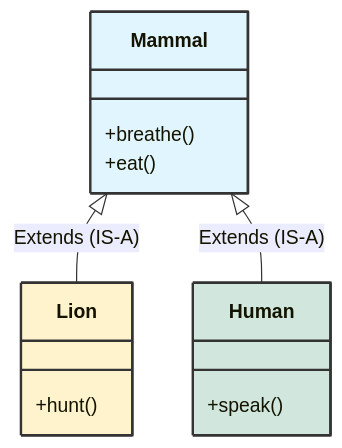
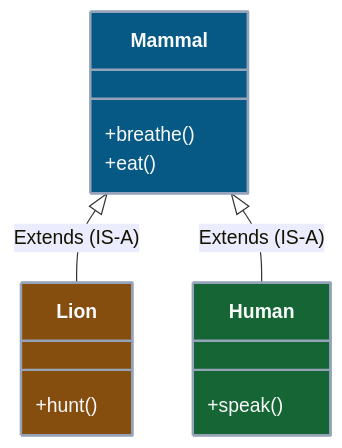
Before and after one commit to Kang-Hyesung/kang-hyesung.github.io: the first of 3 diagrams in _posts/java/05-Inheritance/2026-01-04-상속-개요.md, drawn with Mermaid. The commit also changed other lines of this file and 74 other files, not shown here.

Commit message:
docs: update post visibility and mermaid colors

````diff
--- a/_posts/java/05-Inheritance/2026-01-04-상속-개요.md
+++ b/_posts/java/05-Inheritance/2026-01-04-상속-개요.md
@@ -32,22 +32,22 @@
 ```mermaid
 classDiagram
     class Mammal {
         +breathe()
         +eat()
     }
     class Lion {
         +hunt()
     }
     class Human {
         +speak()
     }
     
     Mammal <|-- Lion : Extends (IS-A)
     Mammal <|-- Human : Extends (IS-A)
 
     %% 스타일 정의
-    style Mammal fill:#e1f5fe,stroke:#333,stroke-width:2px
-    style Lion fill:#fff3cd,stroke:#333,stroke-width:2px
-    style Human fill:#d1e7dd,stroke:#333,stroke-width:2px
+    style Mammal fill:#075985,stroke:#94a3b8,stroke-width:2px,color:#f8fafc
+    style Lion fill:#854d0e,stroke:#94a3b8,stroke-width:2px,color:#f8fafc
+    style Human fill:#166534,stroke:#94a3b8,stroke-width:2px,color:#f8fafc
 
 ```
````
